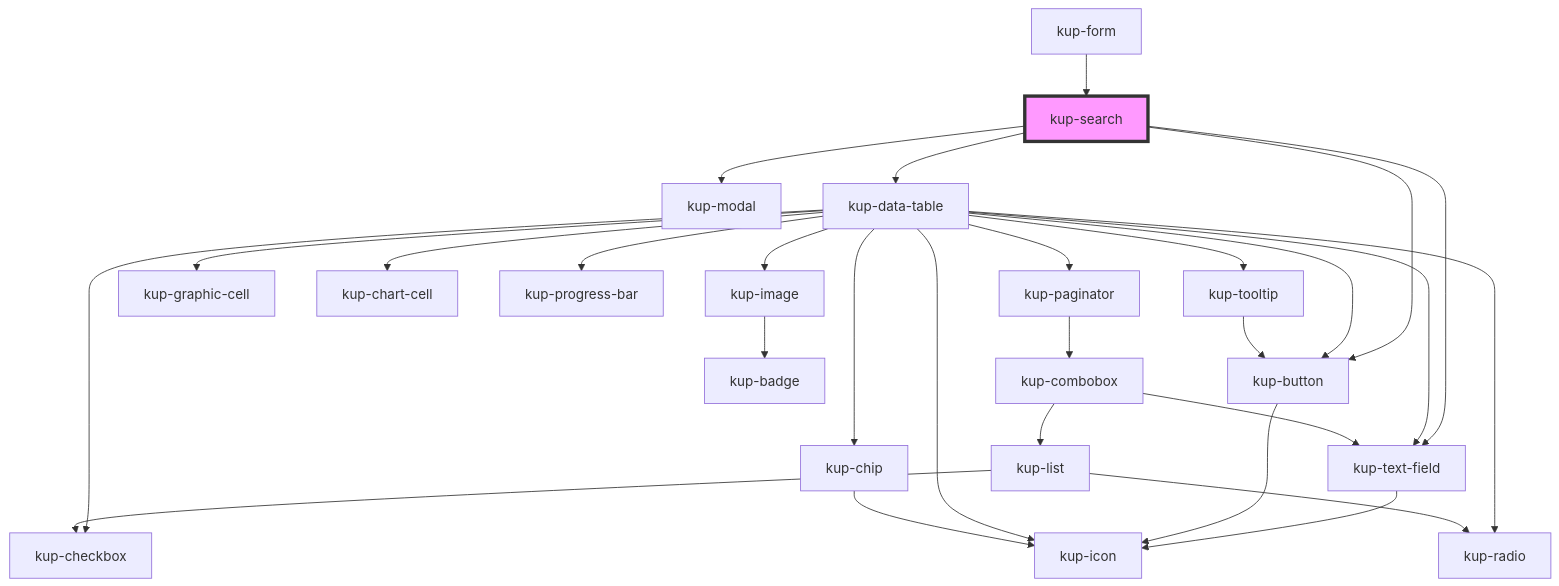
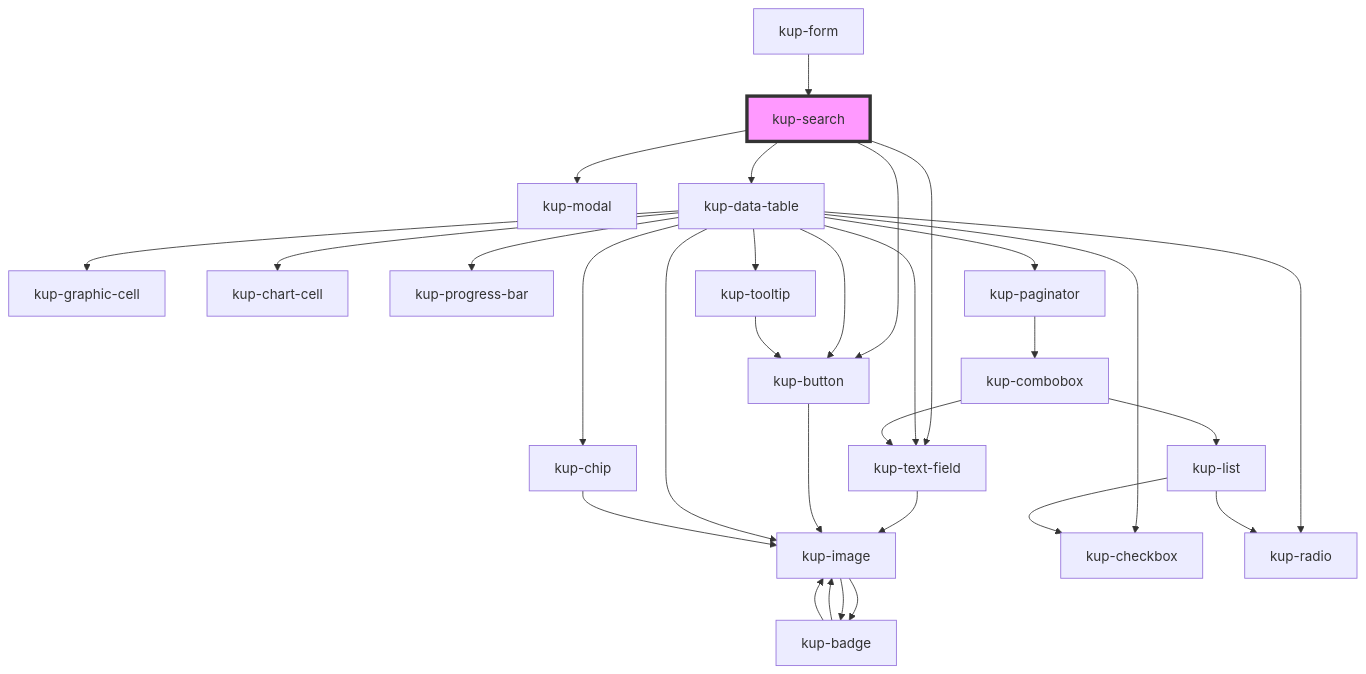
One commit to smeup/ketchup changed the diagram in packages/ketchup/src/components/kup-search/readme.md. Above: the diagram before and after it, drawn with Mermaid. The commit also changed 58 other files, not shown here.

Commit message:
Renamed kup-icon to kup-image.

````diff
--- a/packages/ketchup/src/components/kup-search/readme.md
+++ b/packages/ketchup/src/components/kup-search/readme.md
@@ -43,31 +43,33 @@
 ```mermaid
 graph TD;
   kup-search --> kup-text-field
   kup-search --> kup-button
   kup-search --> kup-modal
   kup-search --> kup-data-table
-  kup-text-field --> kup-icon
-  kup-button --> kup-icon
+  kup-text-field --> kup-image
+  kup-image --> kup-badge
+  kup-image --> kup-badge
+  kup-badge --> kup-image
+  kup-badge --> kup-image
+  kup-button --> kup-image
   kup-data-table --> kup-checkbox
   kup-data-table --> kup-text-field
-  kup-data-table --> kup-icon
   kup-data-table --> kup-image
   kup-data-table --> kup-button
   kup-data-table --> kup-graphic-cell
   kup-data-table --> kup-chart-cell
   kup-data-table --> kup-progress-bar
   kup-data-table --> kup-radio
   kup-data-table --> kup-tooltip
   kup-data-table --> kup-paginator
   kup-data-table --> kup-chip
-  kup-image --> kup-badge
   kup-tooltip --> kup-button
   kup-paginator --> kup-combobox
   kup-combobox --> kup-text-field
   kup-combobox --> kup-list
   kup-list --> kup-radio
   kup-list --> kup-checkbox
-  kup-chip --> kup-icon
+  kup-chip --> kup-image
   kup-form --> kup-search
   style kup-search fill:#f9f,stroke:#333,stroke-width:4px
 ```
````
